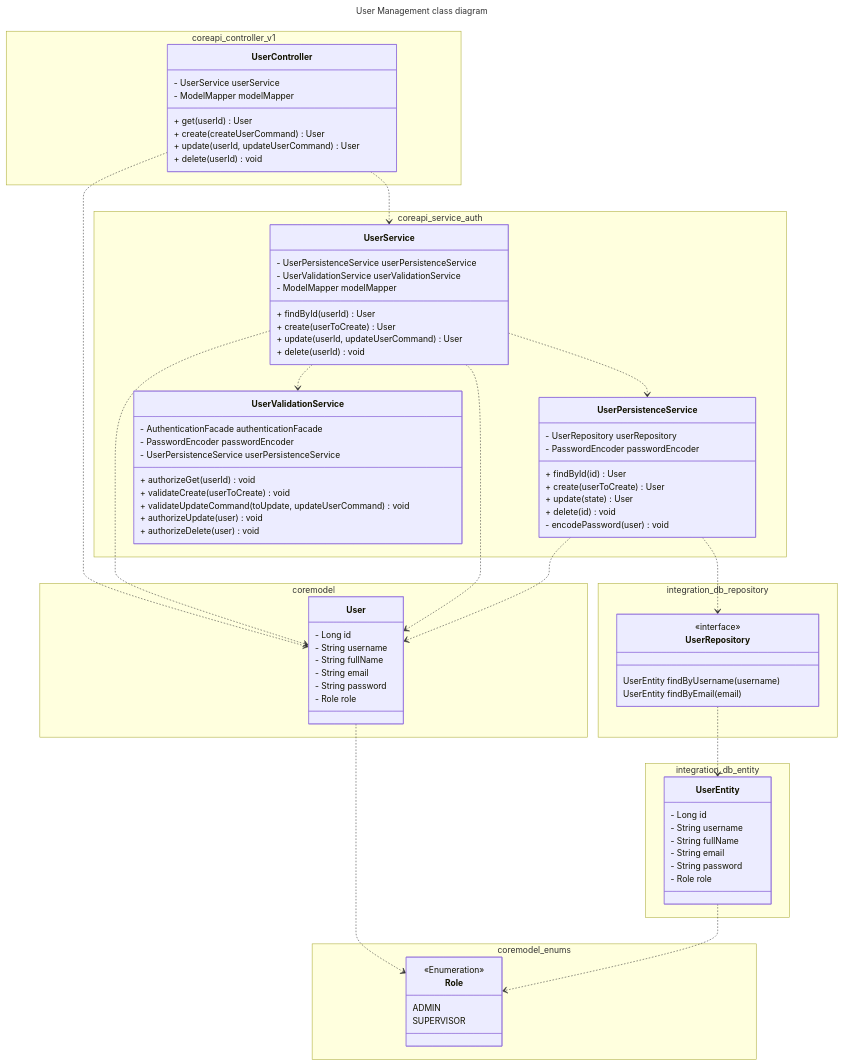
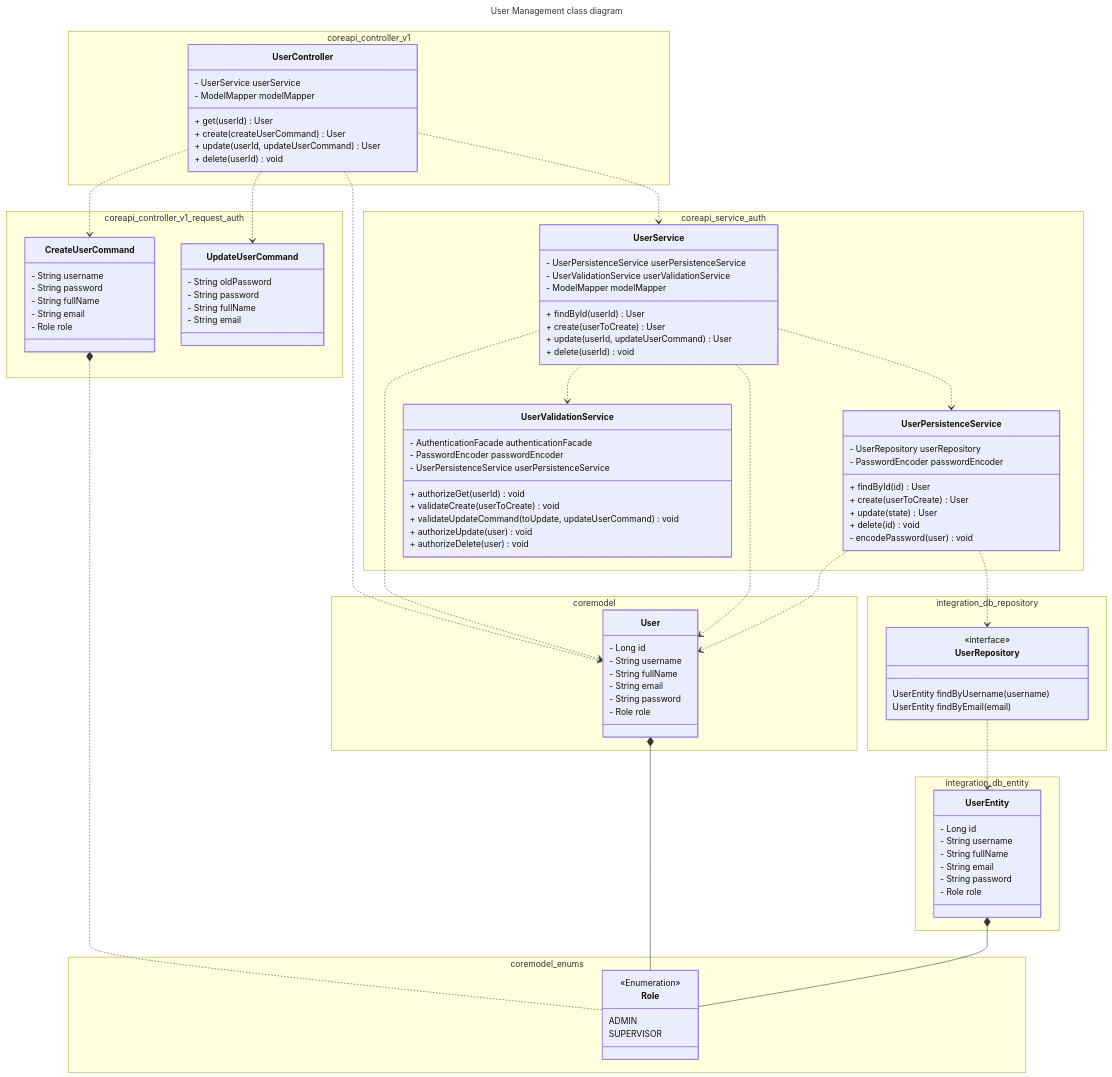
Before and after one commit to f-pms/Document: the diagram in Report7/SDD/Detailed-Design/User-Management/class-T4-23.md, drawn with Mermaid.

Commit message:
adjust diagram based on feedback

````diff
--- a/Report7/SDD/Detailed-Design/User-Management/class-T4-23.md
+++ b/Report7/SDD/Detailed-Design/User-Management/class-T4-23.md
@@ -11,6 +11,23 @@
       + create(createUserCommand) User
       + update(userId, updateUserCommand) User
       + delete(userId) void 
+    }
+  }
+
+  namespace coreapi_controller_v1_request_auth {
+    class CreateUserCommand {
+      - String username
+      - String password
+      - String fullName
+      - String email
+      - Role role
+    }
+
+  class UpdateUserCommand {
+      - String oldPassword
+      - String password
+      - String fullName
+      - String email
     }
   }
 
@@ -85,6 +102,8 @@
     }
   }
 
+  UserController ..> CreateUserCommand
+  UserController ..> UpdateUserCommand
   UserController ..> UserService
   UserController ..> User
   UserService ..> UserPersistenceService
@@ -94,6 +113,7 @@
   UserPersistenceService ..> UserRepository
   UserPersistenceService ..> User
   UserRepository ..> UserEntity
-  User ..> Role
-  UserEntity ..> Role
+  CreateUserCommand *.. Role
+  User *-- Role
+  UserEntity *-- Role
 ```
````
